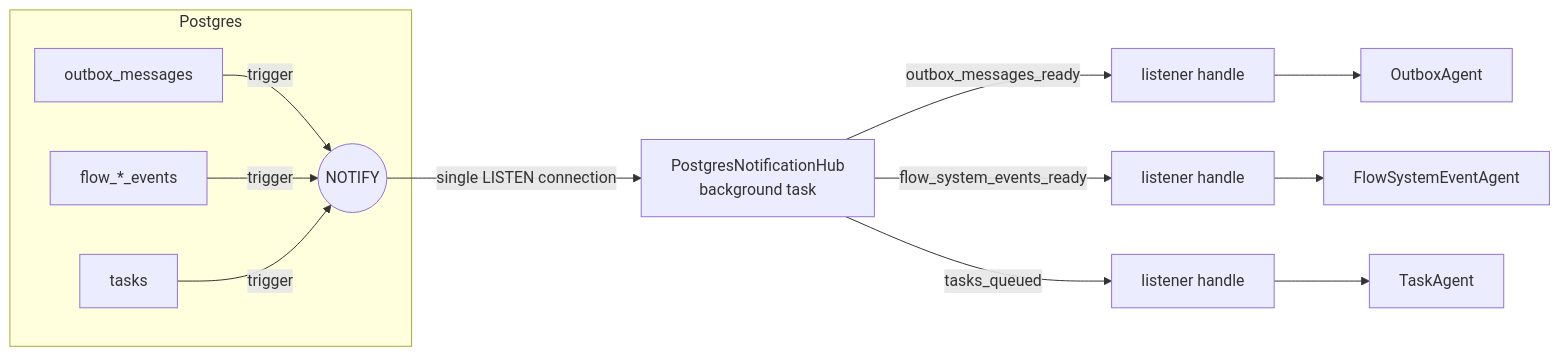
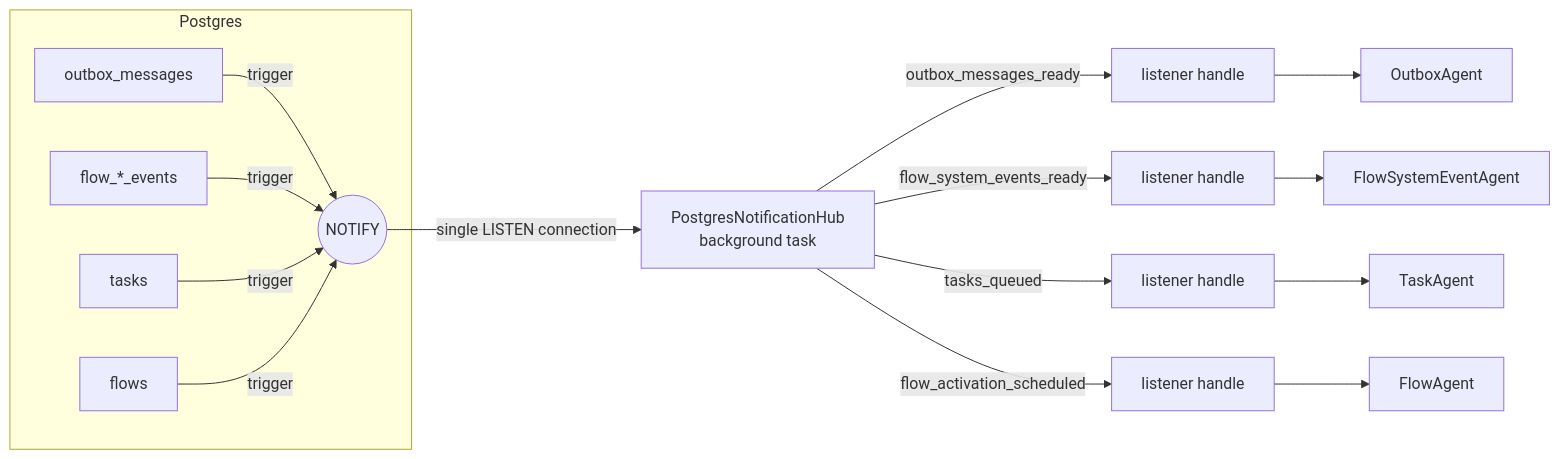
Before and after one commit to kamu-data/kamu-cli: the first of 2 diagrams in docs/internal/wakeup-listeners.md, drawn with Mermaid. The commit also changed other lines of this file and 185 other files, not shown here.

First line of the commit message:
Flow Agent switched to LISTEN/NOTIFY flow + Prometheus metrics for background agents (#1704)

````diff
--- a/docs/internal/wakeup-listeners.md
+++ b/docs/internal/wakeup-listeners.md
@@ -151,12 +221,14 @@
 ```mermaid
 flowchart LR
     subgraph DB[Postgres]
         T1[outbox_messages] -- trigger --> N((NOTIFY))
         T2[flow_*_events] -- trigger --> N
         T3[tasks] -- trigger --> N
+        T4[flows] -- trigger --> N
     end
     N -- single LISTEN connection --> HUB[PostgresNotificationHub<br/>background task]
     HUB -- outbox_messages_ready --> L1[listener handle] --> A1[OutboxAgent]
     HUB -- flow_system_events_ready --> L2[listener handle] --> A2[FlowSystemEventAgent]
     HUB -- tasks_queued --> L3[listener handle] --> A3[TaskAgent]
+    HUB -- flow_activation_scheduled --> L4[listener handle] --> A4[FlowAgent]
 ```
````
